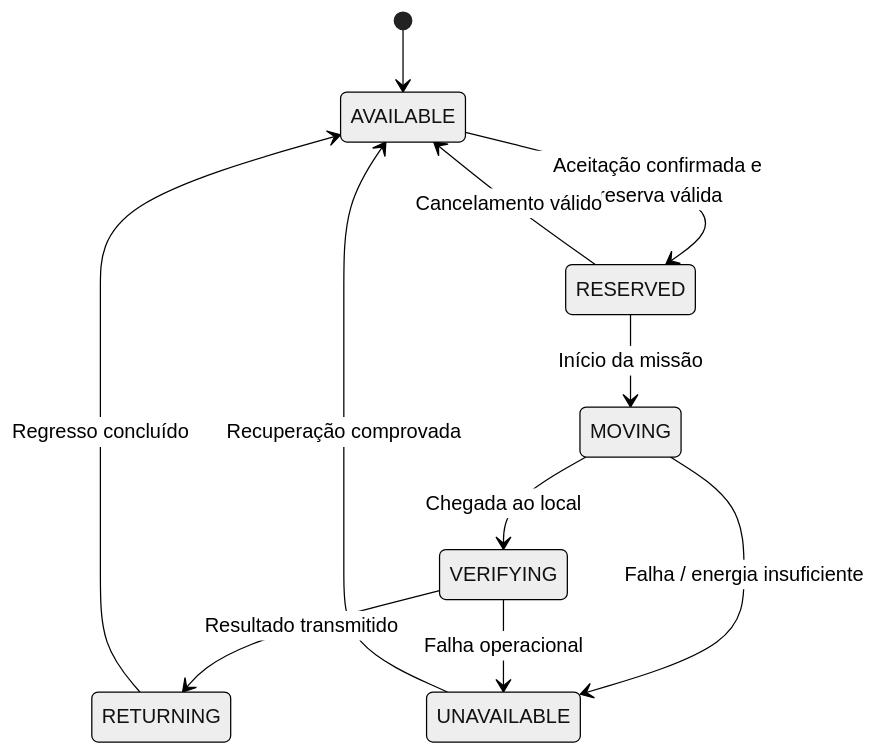
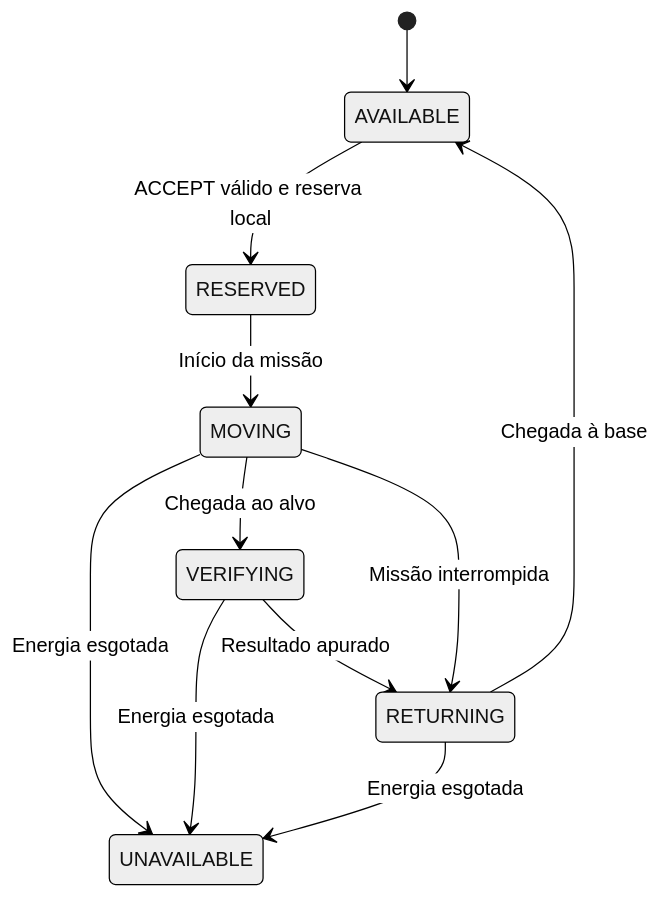
One commit to Afonsopereira1/Agents-Project changed the fifth of 6 diagrams in docs/architecture.md. Above: the diagram before and after it, drawn with Mermaid (neutral theme). The commit also changed other lines of this file and 22 other files, not shown here.

````diff
--- a/docs/architecture.md
+++ b/docs/architecture.md
@@ -230,13 +281,13 @@
 ```mermaid
 stateDiagram-v2
     [*] --> AVAILABLE
-    AVAILABLE --> RESERVED: Aceitação confirmada e reserva válida
+    AVAILABLE --> RESERVED: ACCEPT válido e reserva local
     RESERVED --> MOVING: Início da missão
-    MOVING --> VERIFYING: Chegada ao local
-    VERIFYING --> RETURNING: Resultado transmitido
-    RETURNING --> AVAILABLE: Regresso concluído
-    RESERVED --> AVAILABLE: Cancelamento válido
-    MOVING --> UNAVAILABLE: Falha / energia insuficiente
-    VERIFYING --> UNAVAILABLE: Falha operacional
-    UNAVAILABLE --> AVAILABLE: Recuperação comprovada
+    MOVING --> VERIFYING: Chegada ao alvo
+    VERIFYING --> RETURNING: Resultado apurado
+    RETURNING --> AVAILABLE: Chegada à base
+    MOVING --> RETURNING: Missão interrompida
+    MOVING --> UNAVAILABLE: Energia esgotada
+    VERIFYING --> UNAVAILABLE: Energia esgotada
+    RETURNING --> UNAVAILABLE: Energia esgotada
 ```
````
